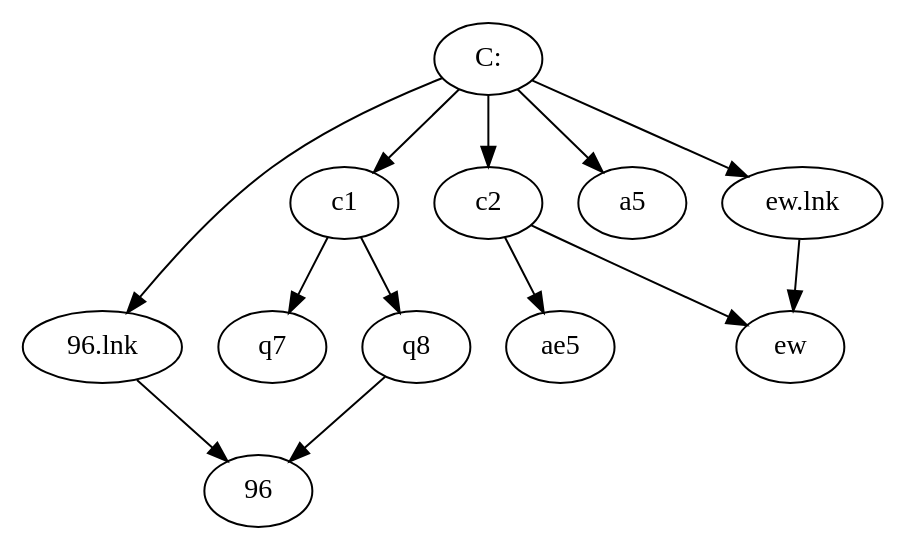
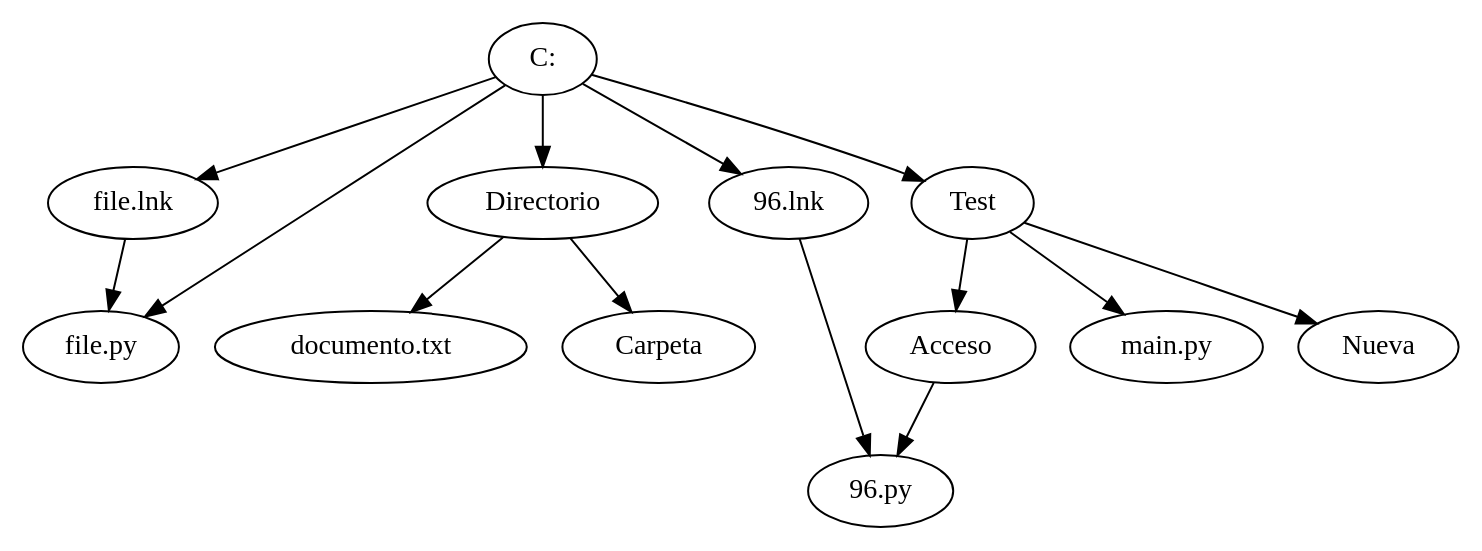
One commit to BryanBlacks/Algoritmos-y-Estructuras-de-Datos changed the diagram in Unidad II/III PAC/AED-0700-ProyectoNo2/Python/Memory/test.dot. Above: the diagram before and after it, drawn with Graphviz. The commit also changed 6 other files, not shown here.

```diff
--- a/Unidad II/III PAC/AED-0700-ProyectoNo2/Python/Memory/test.dot
+++ b/Unidad II/III PAC/AED-0700-ProyectoNo2/Python/Memory/test.dot
@@ -1,14 +1,15 @@
-strict digraph "" {
-	"C:" -> c1;
-	"C:" -> c2;
+strict digraph  {
+	"file.lnk" -> "file.py";
+	Acceso -> "96.py";
+	Directorio -> "documento.txt";
+	Directorio -> Carpeta;
+	"96.lnk" -> "96.py";
+	"C:" -> "file.lnk";
+	"C:" -> "file.py";
+	"C:" -> Directorio;
 	"C:" -> "96.lnk";
-	"C:" -> a5;
-	"C:" -> "ew.lnk";
-	c1 -> q7;
-	c1 -> q8;
-	q8 -> 96;
-	c2 -> ae5;
-	c2 -> ew;
-	"96.lnk" -> 96;
-	"ew.lnk" -> ew;
+	"C:" -> Test;
+	Test -> Acceso;
+	Test -> "main.py";
+	Test -> Nueva;
 }
```
